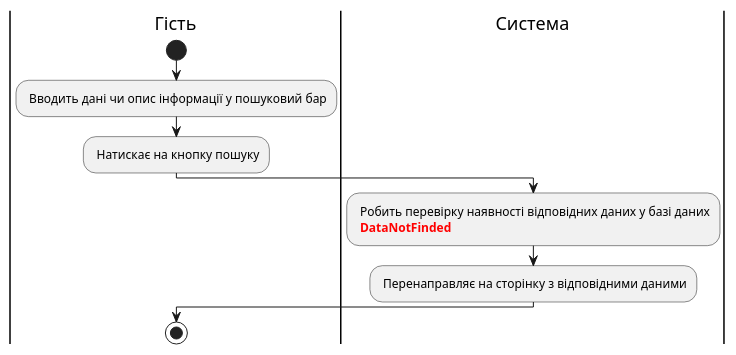
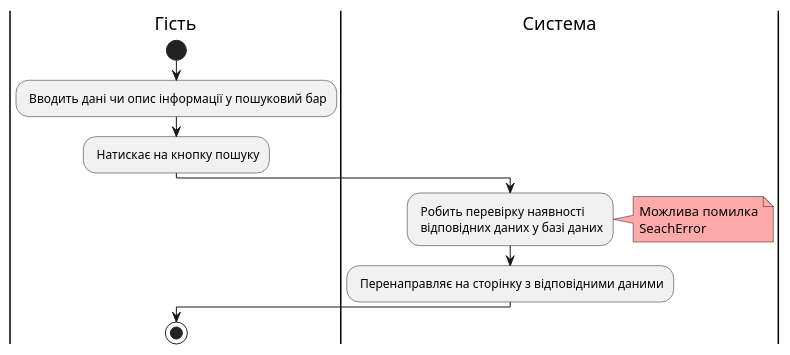
The fifth of 14 diagrams in docs/use cases/README.md (stvake/database_group2), drawn with PlantUML before and after one commit. The commit also changed other lines of this file, not shown here.

```diff
--- a/docs/use cases/README.md
+++ b/docs/use cases/README.md
@@ -163,14 +163,19 @@
 @startuml
 
     |Гість|
     start;
     : Вводить дані чи опис інформації у пошуковий бар;
     : Натискає на кнопку пошуку;
+
     |Система|
-    : Робить перевірку наявності відповідних даних у базі даних
-    <font color="red"><b> DataNotFinded;
+    : Робить перевірку наявності \n відповідних даних у базі даних;
+    note right #ffaaaa
+        Можлива помилка
+        SeachError
+    end note
     : Перенаправляє на сторінку з відповідними даними;
+
     |Гість|
     stop;
 
 @enduml
```
